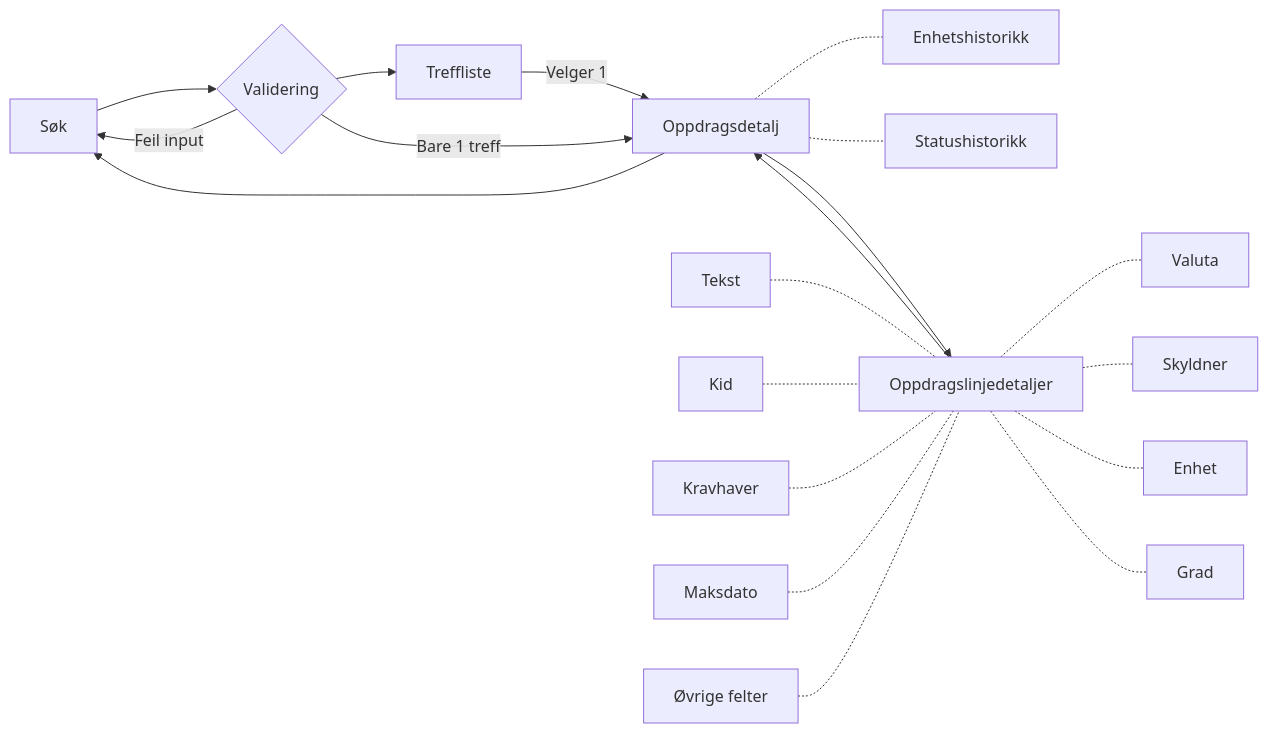
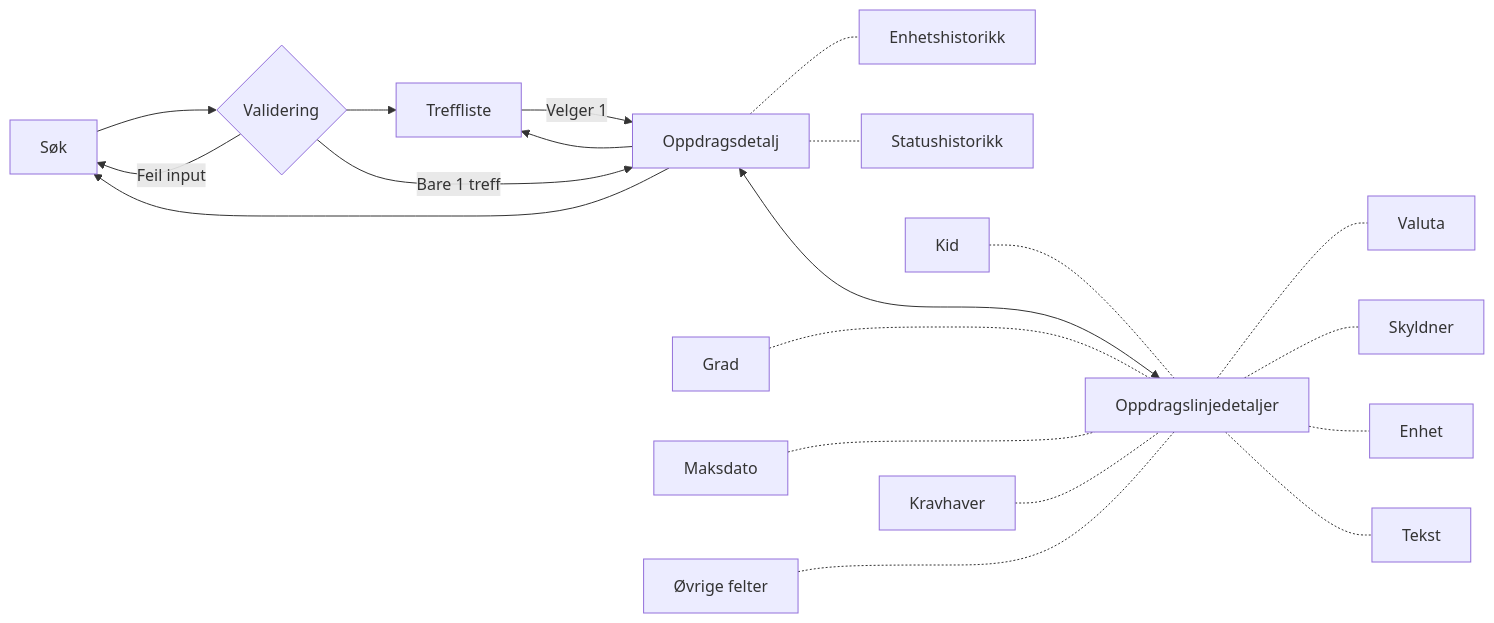
One commit to navikt/sokos-up-oppdragsinfo changed the diagram in Dokumentasjon/GammelLosning.md. Above: the diagram before and after it, drawn with Mermaid. The commit also changed other lines of this file and 1 other file, not shown here.

````diff
--- a/Dokumentasjon/GammelLosning.md
+++ b/Dokumentasjon/GammelLosning.md
@@ -3,41 +3,42 @@
 ```mermaid
 flowchart LR
     Søk
     Validering{Validering}
     Treffliste
     Oppdragsdetalj
     Enhetshistorikk
     Statushistorikk
     Oppdragslinjedetaljer
     Valuta
     Skyldner
     Enhet
     Grad
     Tekst
     Kid
     Kravhaver
     Maksdato
     Øvrig["Øvrige felter"]
 
     Søk --> Validering
     Validering -- Feil input --> Søk
     Validering --> Treffliste
     Treffliste -- Velger 1 --> Oppdragsdetalj
+    Oppdragsdetalj --> Treffliste
     Validering -- Bare 1 treff--> Oppdragsdetalj
     Oppdragsdetalj --> Søk
     Oppdragsdetalj -.- Enhetshistorikk
     Oppdragsdetalj -.- Statushistorikk
-    Oppdragsdetalj --> Oppdragslinjedetaljer
-    Oppdragslinjedetaljer --> Oppdragsdetalj
+    Oppdragsdetalj <---> Oppdragslinjedetaljer
     Oppdragslinjedetaljer -.- Valuta
     Oppdragslinjedetaljer -.- Skyldner
     Oppdragslinjedetaljer -.- Enhet
-    Oppdragslinjedetaljer -.- Grad
-    Tekst -.- Oppdragslinjedetaljer
     Kid -.- Oppdragslinjedetaljer
     Kravhaver -.- Oppdragslinjedetaljer
     Maksdato -.- Oppdragslinjedetaljer
     Øvrig -.- Oppdragslinjedetaljer
-
-
+    Grad -.- Oppdragslinjedetaljer
+    Oppdragslinjedetaljer -.- Tekst
+    Øvrig ~~~ Kravhaver
+    Maksdato ~~~ Kravhaver
+    Grad ~~~ Kravhaver
 ```
````
